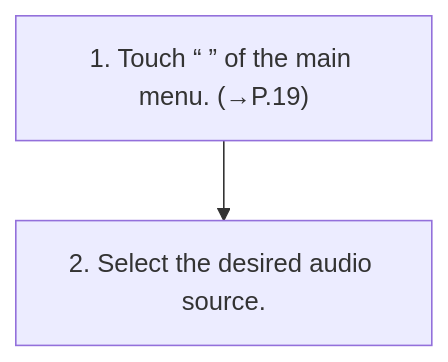
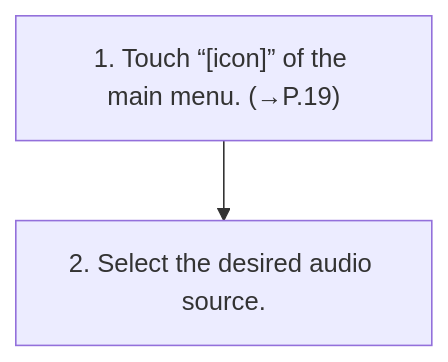
The diagram in workspace/subaru/outback-2026/ivi/published/audio/1-selecting-an-audio-source.md (Chieko-Y/my-spec-generator), drawn with Mermaid before and after one commit. The commit also changed other lines of this file and 477 other files, not shown here.

````diff
--- a/workspace/subaru/outback-2026/ivi/published/audio/1-selecting-an-audio-source.md
+++ b/workspace/subaru/outback-2026/ivi/published/audio/1-selecting-an-audio-source.md
@@ -7,6 +7,6 @@
 ```mermaid
 flowchart TD
-    S1["1. Touch “ ” of the main menu. (→P.19)"]
+    S1["1. Touch “[icon]” of the main menu. (→P.19)"]
     S2["2. Select the desired audio source."]
     S1 --> S2
 ```
````
